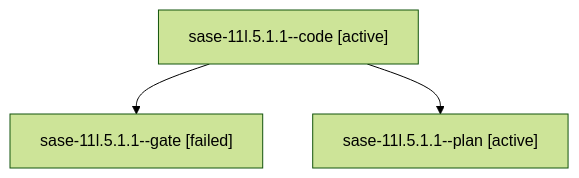
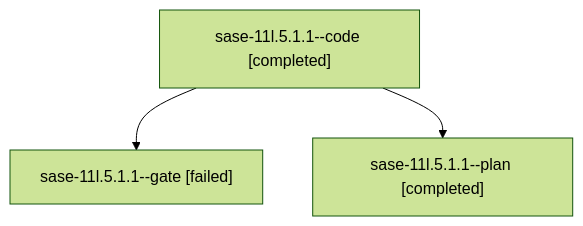
The diagram in families/bbugyi200.athena.sase-11l.5.1.1.md (sase-org/sase--agents), drawn with Mermaid (forest theme) before and after one commit. The commit also changed other lines of this file and 2623 other files, not shown here.

````diff
--- a/families/bbugyi200.athena.sase-11l.5.1.1.md
+++ b/families/bbugyi200.athena.sase-11l.5.1.1.md
@@ -9,8 +9,8 @@
 ```mermaid
 flowchart TD
-  n0["sase-11l.5.1.1--code [active]"]
+  n0["sase-11l.5.1.1--code [completed]"]
   n1["sase-11l.5.1.1--gate [failed]"]
   n0 --> n1
-  n2["sase-11l.5.1.1--plan [active]"]
+  n2["sase-11l.5.1.1--plan [completed]"]
   n0 --> n2
 ```
````
